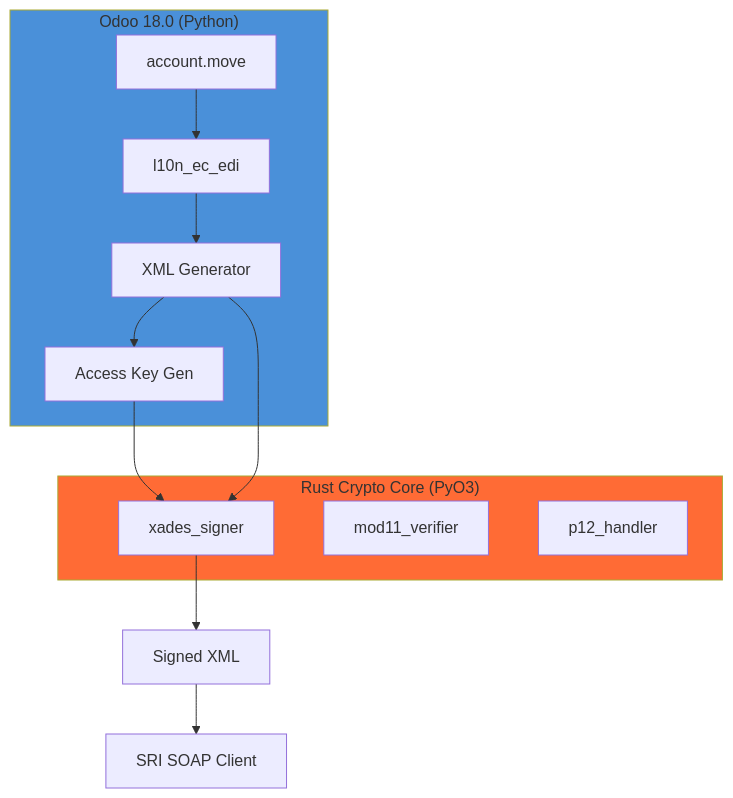
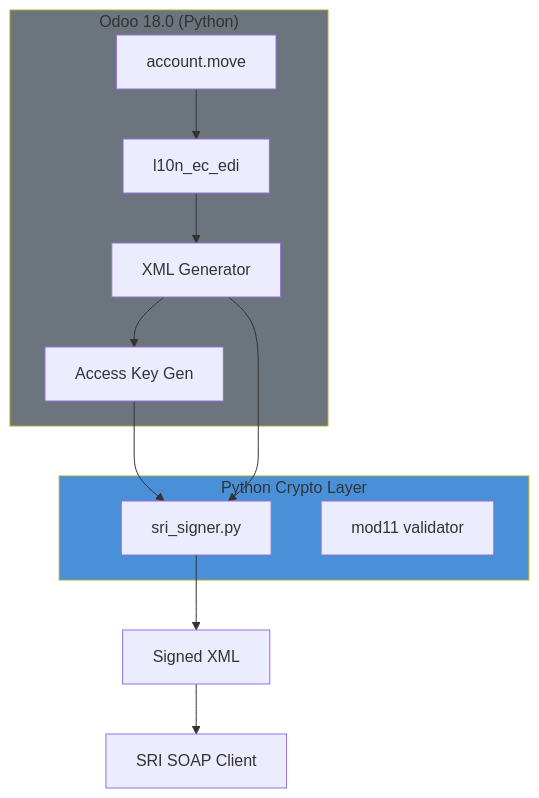
The fourth of 6 diagrams in odoo_custom_addons/l10n_ec_sri/docs/02_technical_architecture/ECUADOR_ODOO_18_MASTER_SPECIFICATION.md (jmcuenca/odoo_saas_ecuador), drawn with Mermaid before and after one commit. The commit also changed other lines of this file and 121 other files, not shown here.

````diff
--- a/odoo_custom_addons/l10n_ec_sri/docs/02_technical_architecture/ECUADOR_ODOO_18_MASTER_SPECIFICATION.md
+++ b/odoo_custom_addons/l10n_ec_sri/docs/02_technical_architecture/ECUADOR_ODOO_18_MASTER_SPECIFICATION.md
@@ -271,22 +269,21 @@
 ```mermaid
 flowchart TB
     subgraph Odoo["Odoo 18.0 (Python)"]
         A[account.move] --> B[l10n_ec_edi]
         B --> C[XML Generator]
         C --> D[Access Key Gen]
     end
 
-    subgraph RustCore["Rust Crypto Core (PyO3)"]
-        E[xades_signer]
-        F[mod11_verifier]
-        G[p12_handler]
+    subgraph PythonCrypto["Python Crypto Layer"]
+        E[sri_signer.py]
+        F[mod11 validator]
     end
 
     D --> E
     C --> E
     E --> H[Signed XML]
     H --> I[SRI SOAP Client]
 
-    style RustCore fill:#ff6b35
-    style Odoo fill:#4a90d9
+    style PythonCrypto fill:#4a90d9
+    style Odoo fill:#6c757d
 ```
````
